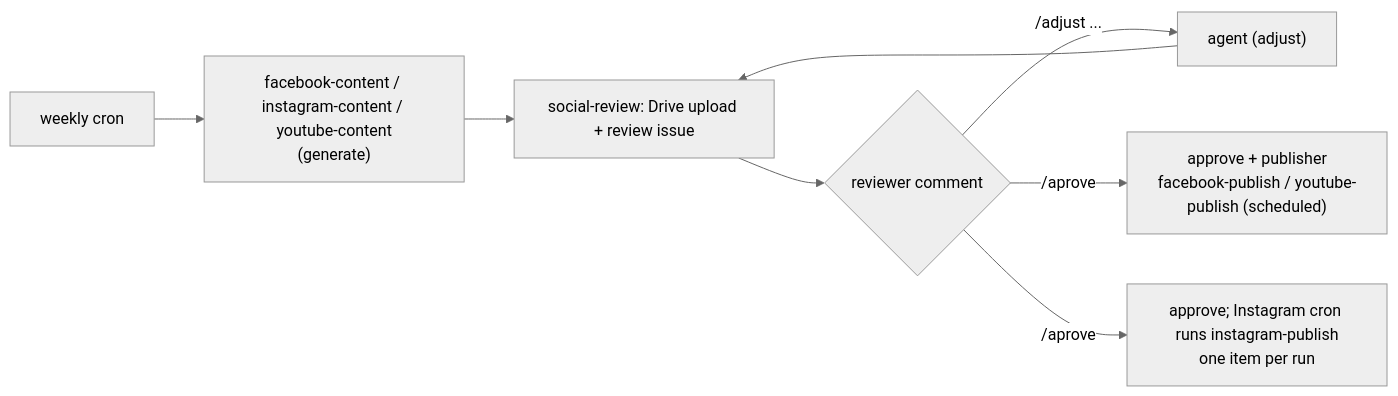
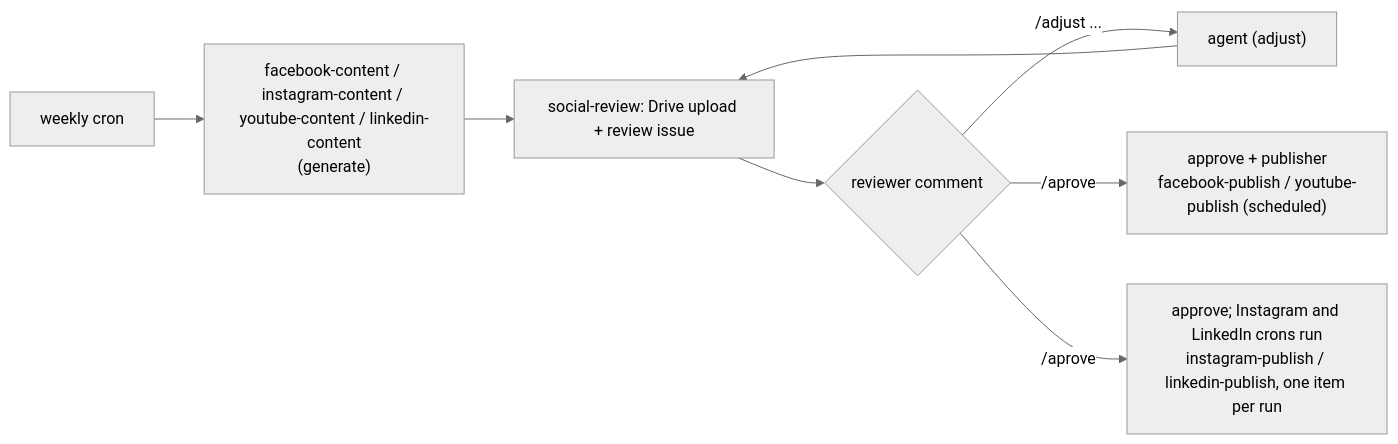
One commit to fbrissi/ai-skills changed the diagram in docs/social-content.md. Above: the diagram before and after it, drawn with Mermaid (neutral theme). The commit also changed other lines of this file and 144 other files, not shown here.

````diff
--- a/docs/social-content.md
+++ b/docs/social-content.md
@@ -5,9 +5,9 @@
 ```mermaid
 flowchart LR
-  C["weekly cron"] --> A["facebook-content / instagram-content / youtube-content<br/>(generate)"]
+  C["weekly cron"] --> A["facebook-content / instagram-content / youtube-content / linkedin-content<br/>(generate)"]
   A --> R["social-review: Drive upload + review issue"]
   R --> H{"reviewer comment"}
   H -->|"/adjust ..."| A2["agent (adjust)"] --> R
   H -->|"/aprove"| P["approve + publisher<br/>facebook-publish / youtube-publish (scheduled)"]
-  H -->|"/aprove"| Q["approve; Instagram cron runs instagram-publish<br/>one item per run"]
+  H -->|"/aprove"| Q["approve; Instagram and LinkedIn crons run<br/>instagram-publish / linkedin-publish, one item per run"]
 ```
````
